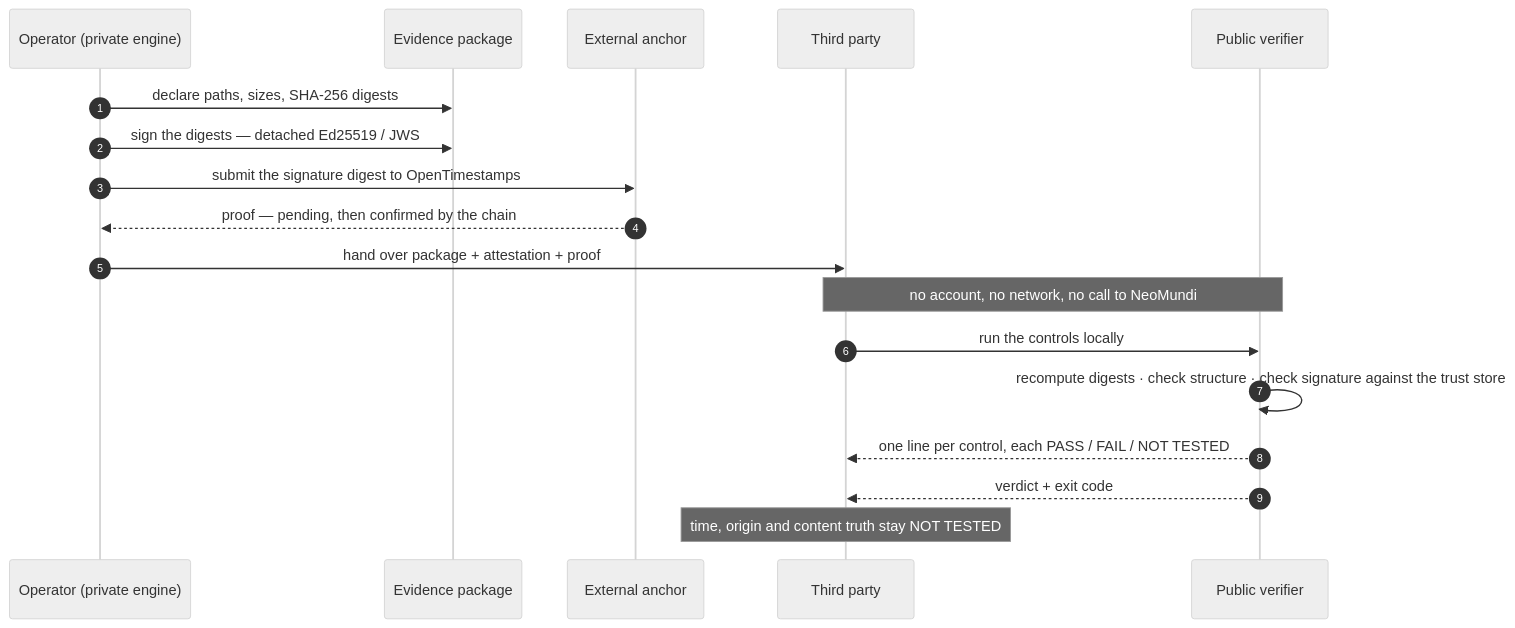
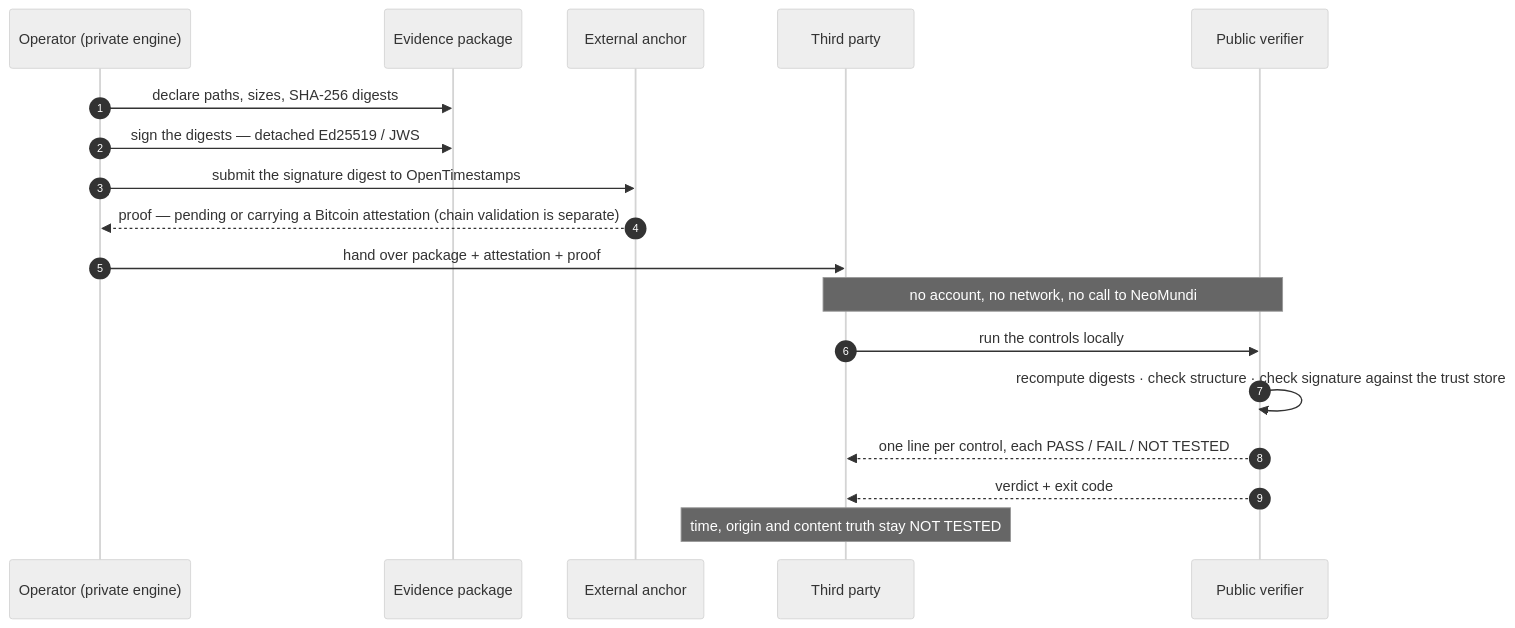
One commit to neomundi-io/neomundi-evidence-gateway changed the second of 3 diagrams in ARCHITECTURE.md. Above: the diagram before and after it, drawn with Mermaid (neutral theme). The commit also changed other lines of this file, not shown here.

````diff
--- a/ARCHITECTURE.md
+++ b/ARCHITECTURE.md
@@ -245,21 +242,21 @@
 ```mermaid
 sequenceDiagram
   autonumber
   participant OP as Operator (private engine)
   participant PKG as Evidence package
   participant ANCH as External anchor
   participant TP as Third party
   participant VER as Public verifier
 
   OP->>PKG: declare paths, sizes, SHA-256 digests
   OP->>PKG: sign the digests — detached Ed25519 / JWS
   OP->>ANCH: submit the signature digest to OpenTimestamps
-  ANCH-->>OP: proof — pending, then confirmed by the chain
+  ANCH-->>OP: proof — pending or carrying a Bitcoin attestation (chain validation is separate)
   OP->>TP: hand over package + attestation + proof
   Note over TP,VER: no account, no network, no call to NeoMundi
   TP->>VER: run the controls locally
   VER->>VER: recompute digests · check structure · check signature against the trust store
   VER-->>TP: one line per control, each PASS / FAIL / NOT TESTED
   VER-->>TP: verdict + exit code
   Note over TP: time, origin and content truth stay NOT TESTED
 ```
````
